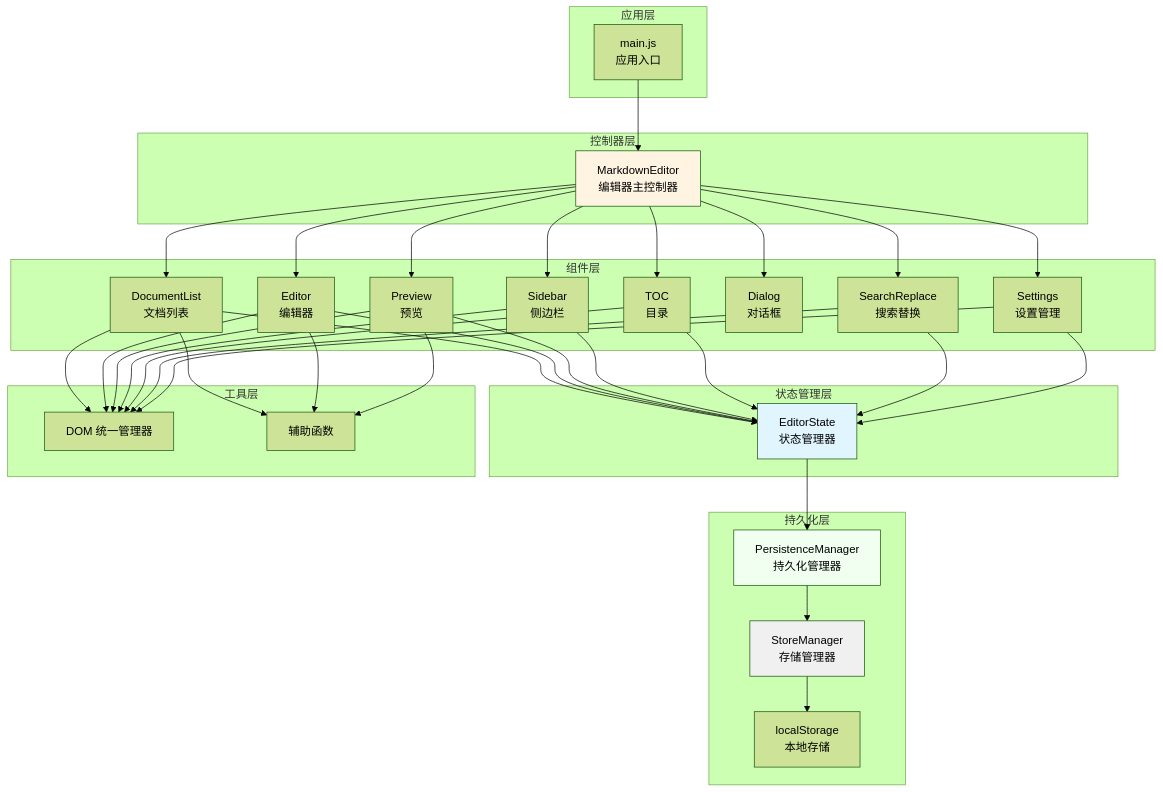
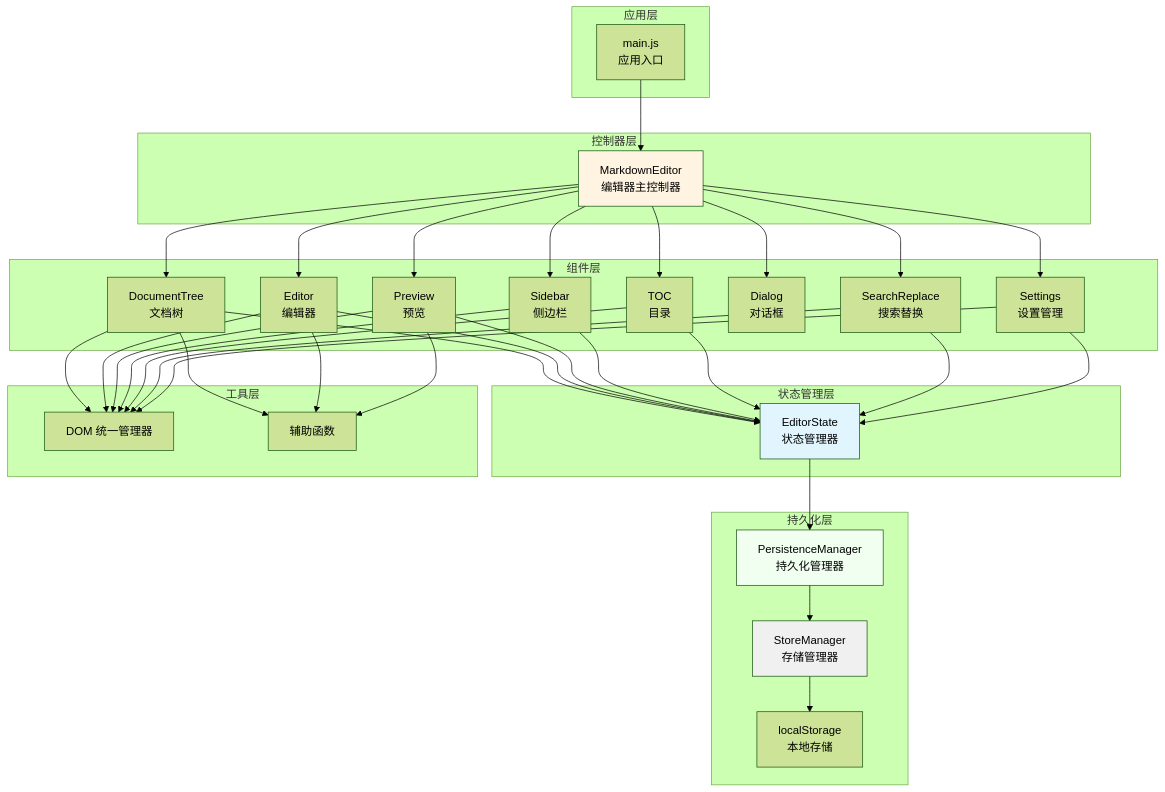
The first of 15 diagrams in docs/arch.md (ZCShou/markdown), drawn with Mermaid (forest theme) before and after one commit. The commit also changed other lines of this file and 8 other files, not shown here.

Commit message:
refactor: rename DocumentList to DocumentTree for semantic clarity

````diff
--- a/docs/arch.md
+++ b/docs/arch.md
@@ -111,75 +111,75 @@
 ```mermaid
 graph TB
     subgraph "应用层"
         A[main.js<br/>应用入口]
     end
     
     subgraph "控制器层"
         B[MarkdownEditor<br/>编辑器主控制器]
     end
     
     subgraph "组件层"
-        C[DocumentList<br/>文档列表]
+        C[DocumentTree<br/>文档树]
         D[Editor<br/>编辑器]
         E[Preview<br/>预览]
         F[Sidebar<br/>侧边栏]
         G[TOC<br/>目录]
         H[Dialog<br/>对话框]
         I[SearchReplace<br/>搜索替换]
         J[Settings<br/>设置管理]
     end
     
     subgraph "状态管理层"
         K[EditorState<br/>状态管理器]
     end
     
     subgraph "持久化层"
         L[PersistenceManager<br/>持久化管理器]
         M[StoreManager<br/>存储管理器]
         N[localStorage<br/>本地存储]
     end
     
     subgraph "工具层"
         O[DOM 统一管理器]
         P[辅助函数]
     end
     
     A --> B
     B --> C
     B --> D
     B --> E
     B --> F
     B --> G
     B --> H
     B --> I
     B --> J
     
     C --> K
     D --> K
     E --> K
     F --> K
     G --> K
     I --> K
     J --> K
     
     K --> L
     L --> M
     M --> N
     
     C --> O
     D --> O
     E --> O
     F --> O
     G --> O
     I --> O
     J --> O
     
     C --> P
     D --> P
     E --> P
     
     style K fill:#e1f5ff
     style B fill:#fff4e1
     style L fill:#f0fff0
     style M fill:#f0f0f0
 ```
````
